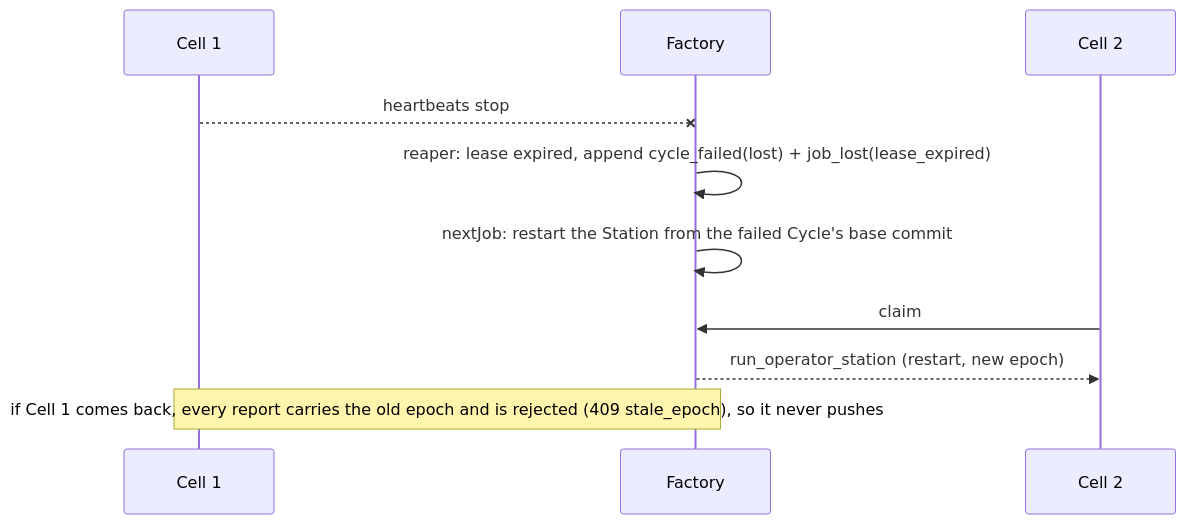
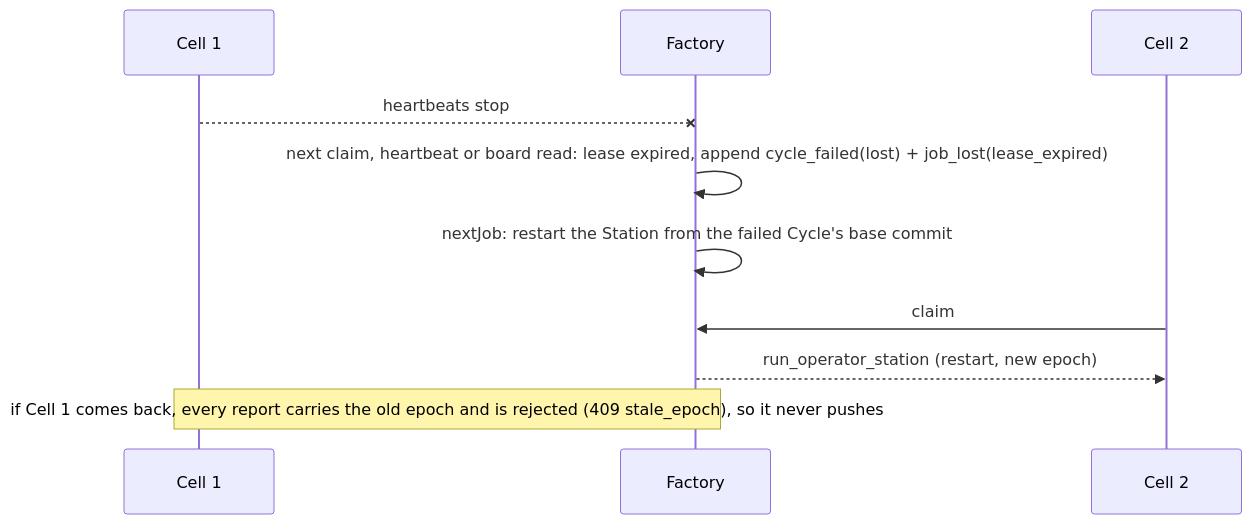
One commit to xyashino/software-factory changed the seventh of 8 diagrams in docs/PLAN.md. Above: the diagram before and after it, drawn with Mermaid. The commit also changed other lines of this file and 97 other files, not shown here.

````diff
--- a/docs/PLAN.md
+++ b/docs/PLAN.md
@@ -248,12 +252,12 @@
 ```mermaid
 sequenceDiagram
   participant C1 as Cell 1
   participant S as Factory
   participant C2 as Cell 2
   C1--xS: heartbeats stop
-  S->>S: reaper: lease expired, append cycle_failed(lost) + job_lost(lease_expired)
+  S->>S: next claim, heartbeat or board read: lease expired, append cycle_failed(lost) + job_lost(lease_expired)
   S->>S: nextJob: restart the Station from the failed Cycle's base commit
   C2->>S: claim
   S-->>C2: run_operator_station (restart, new epoch)
   Note over C1,S: if Cell 1 comes back, every report carries the old epoch and is rejected (409 stale_epoch), so it never pushes
 ```
````
